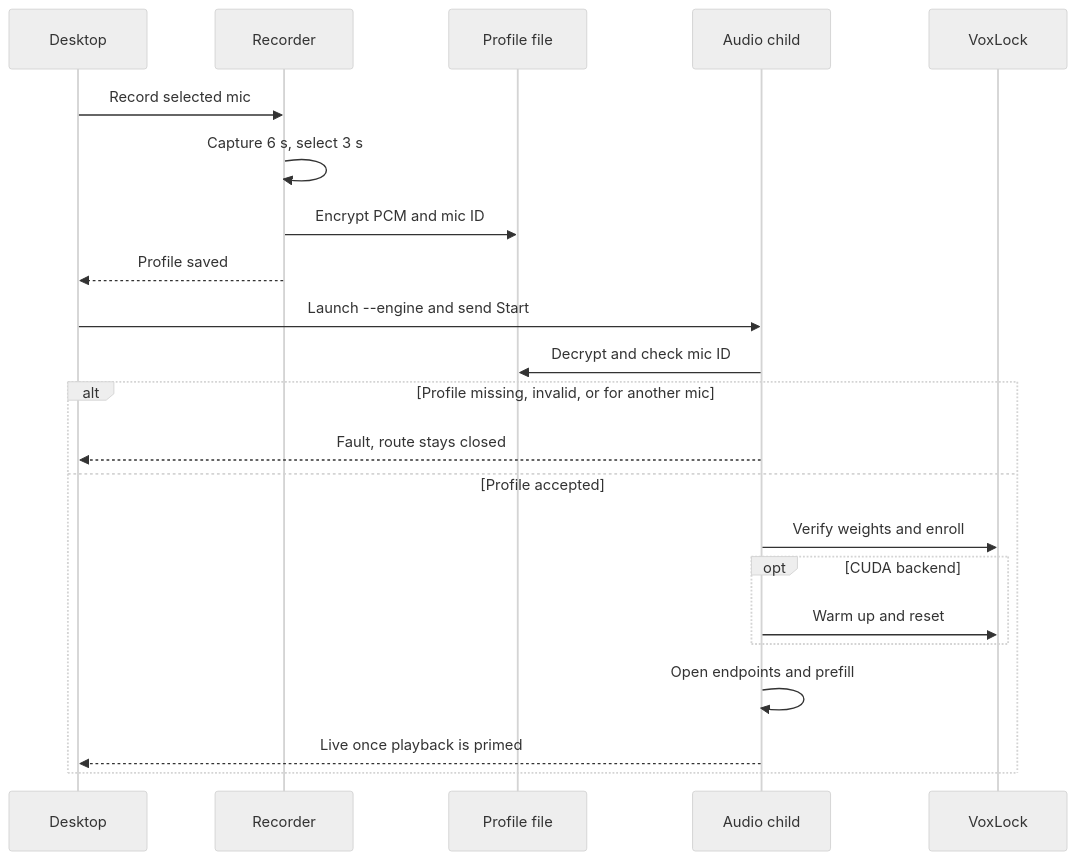
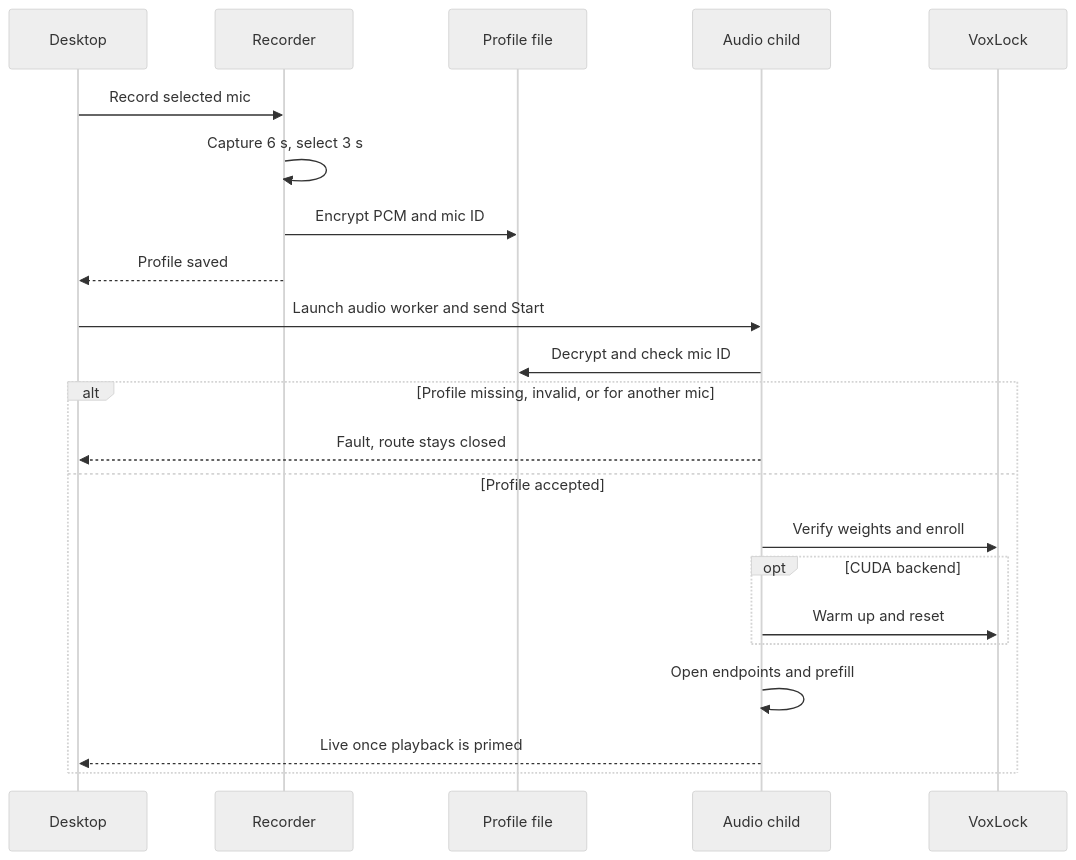
Before and after one commit to skumbananaaa/VoiceIsolator: the second of 2 diagrams in docs/architecture.md, drawn with Mermaid (neutral theme). The commit also changed other lines of this file and 14 other files, not shown here.

Commit message:
Brand the Windows app and split out the audio worker

````diff
--- a/docs/architecture.md
+++ b/docs/architecture.md
@@ -39,25 +39,25 @@
 ```mermaid
 sequenceDiagram
     participant UI as Desktop
     participant Rec as Recorder
     participant Profile as Profile file
     participant Engine as Audio child
     participant Model as VoxLock
 
     UI->>Rec: Record selected mic
     Rec->>Rec: Capture 6 s, select 3 s
     Rec->>Profile: Encrypt PCM and mic ID
     Rec-->>UI: Profile saved
-    UI->>Engine: Launch --engine and send Start
+    UI->>Engine: Launch audio worker and send Start
     Engine->>Profile: Decrypt and check mic ID
     alt Profile missing, invalid, or for another mic
         Engine-->>UI: Fault, route stays closed
     else Profile accepted
         Engine->>Model: Verify weights and enroll
         opt CUDA backend
             Engine->>Model: Warm up and reset
         end
         Engine->>Engine: Open endpoints and prefill
         Engine-->>UI: Live once playback is primed
     end
 ```
````
